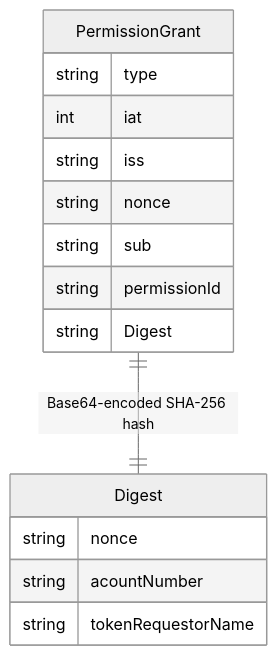
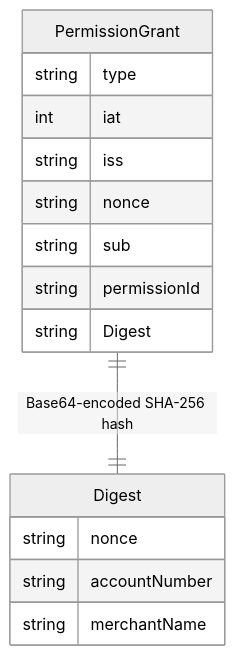
The second of 7 diagrams in docs/authentication_interoperability.md (BankAxept/bankaxept-epayment-development-kit), drawn with Mermaid (neutral theme) before and after one commit. The commit also changed other lines of this file and 2 other files, not shown here.

First line of the commit message:
feat(openapi): add enrolment digest schemas

````diff
--- a/docs/authentication_interoperability.md
+++ b/docs/authentication_interoperability.md
@@ -107,18 +128,18 @@
 ```mermaid
 erDiagram
     PermissionGrant ||--|| Digest: "Base64-encoded SHA-256 hash"
     PermissionGrant {
         string type
         int iat
         string iss
         string nonce
         string sub
         string permissionId
         string Digest
     }
     Digest {
         string nonce
-        string acountNumber
-        string tokenRequestorName
+        string accountNumber
+        string merchantName
     }
 ```
````
